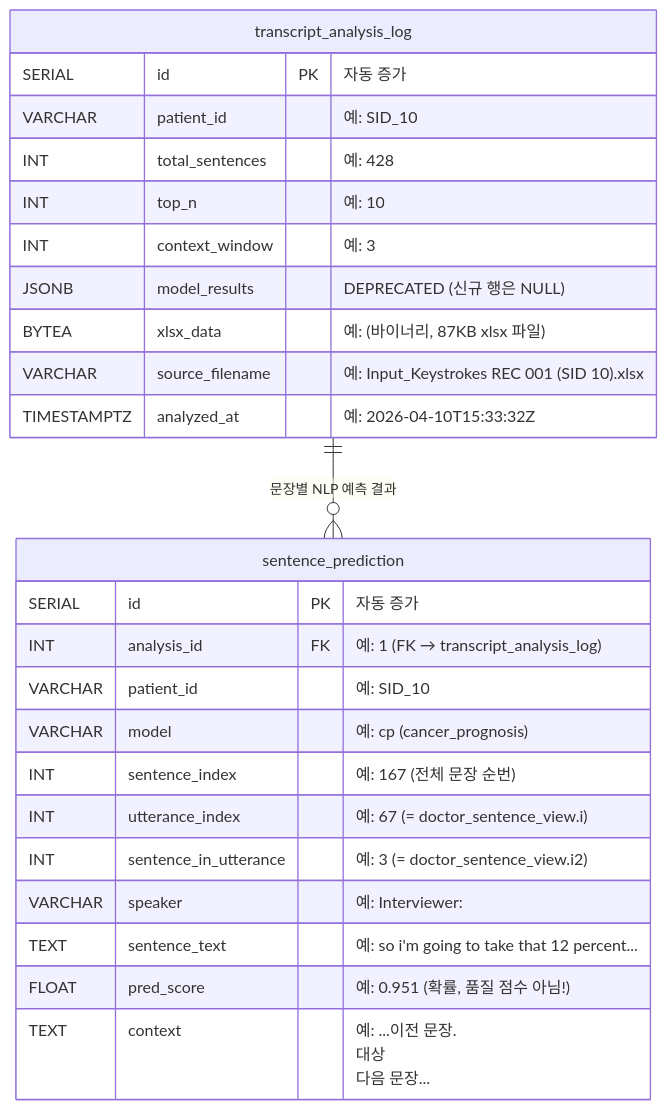
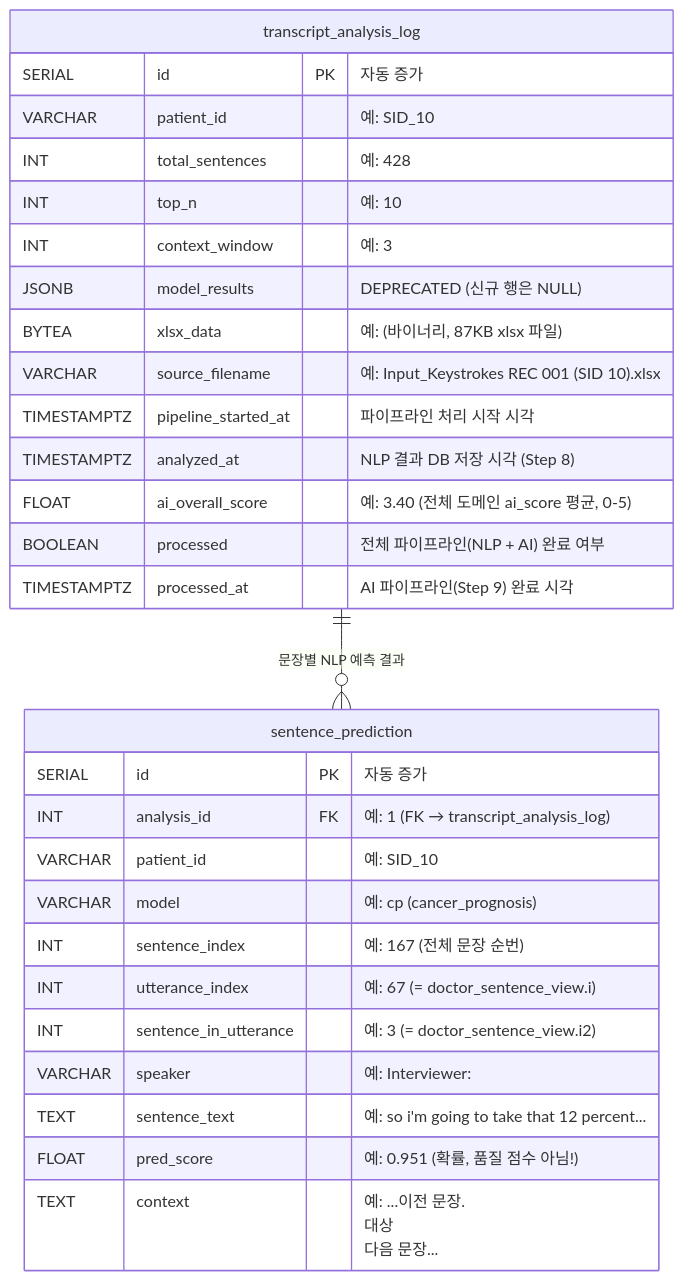
One commit to HyunjunA/Prostate_cancer_consultation changed the third of 6 diagrams in app/Backend/patient_doctor_interface_erd_v3_kr.md. Above: the diagram before and after it, drawn with Mermaid. The commit also changed 8 other files, not shown here.

First line of the commit message:
feat: add processed flag + pipeline timing to transcript_analysis_log

````diff
--- a/app/Backend/patient_doctor_interface_erd_v3_kr.md
+++ b/app/Backend/patient_doctor_interface_erd_v3_kr.md
@@ -78,30 +78,34 @@
 ```mermaid
 erDiagram
     transcript_analysis_log {
         SERIAL id PK "자동 증가"
         VARCHAR patient_id "예: SID_10"
         INT total_sentences "예: 428"
         INT top_n "예: 10"
         INT context_window "예: 3"
         JSONB model_results "DEPRECATED (신규 행은 NULL)"
         BYTEA xlsx_data "예: (바이너리, 87KB xlsx 파일)"
         VARCHAR source_filename "예: Input_Keystrokes REC 001 (SID 10).xlsx"
-        TIMESTAMPTZ analyzed_at "예: 2026-04-10T15:33:32Z"
+        TIMESTAMPTZ pipeline_started_at "파이프라인 처리 시작 시각"
+        TIMESTAMPTZ analyzed_at "NLP 결과 DB 저장 시각 (Step 8)"
+        FLOAT ai_overall_score "예: 3.40 (전체 도메인 ai_score 평균, 0-5)"
+        BOOLEAN processed "전체 파이프라인(NLP + AI) 완료 여부"
+        TIMESTAMPTZ processed_at "AI 파이프라인(Step 9) 완료 시각"
     }
 
     sentence_prediction {
         SERIAL id PK "자동 증가"
         INT analysis_id FK "예: 1 (FK → transcript_analysis_log)"
         VARCHAR patient_id "예: SID_10"
         VARCHAR model "예: cp (cancer_prognosis)"
         INT sentence_index "예: 167 (전체 문장 순번)"
         INT utterance_index "예: 67 (= doctor_sentence_view.i)"
         INT sentence_in_utterance "예: 3 (= doctor_sentence_view.i2)"
         VARCHAR speaker "예: Interviewer:"
         TEXT sentence_text "예: so i'm going to take that 12 percent..."
         FLOAT pred_score "예: 0.951 (확률, 품질 점수 아님!)"
         TEXT context "예: ...이전 문장. <main>대상</main> 다음 문장..."
     }
 
     transcript_analysis_log ||--o{ sentence_prediction : "문장별 NLP 예측 결과"
 ```
````
